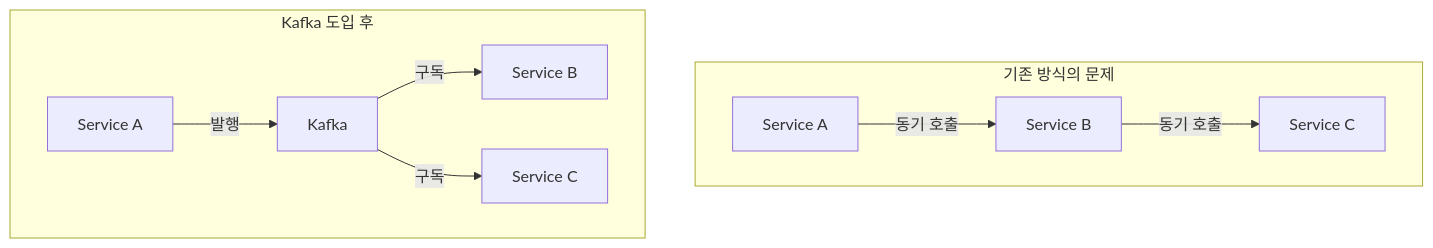
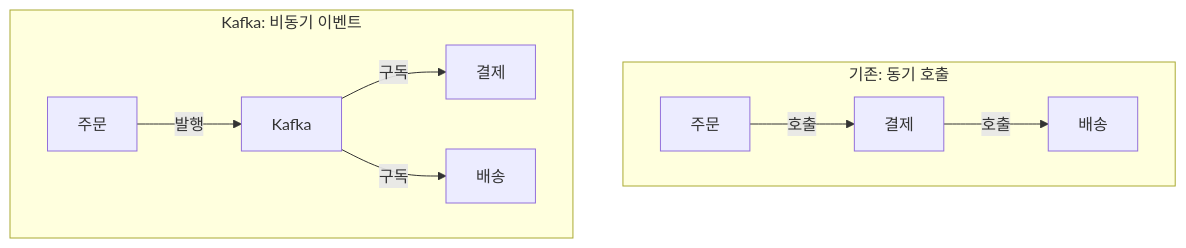
One commit to advanced-beginner/advanced-beginner.github.io changed the first of 5 diagrams in content/ko/kafka/concepts/core-components.md. Above: the diagram before and after it, drawn with Mermaid. The commit also changed other lines of this file and 21 other files, not shown here.

````diff
--- a/content/ko/kafka/concepts/core-components.md
+++ b/content/ko/kafka/concepts/core-components.md
@@ -52,13 +25,13 @@
 ```mermaid
 flowchart TB
-    subgraph Problem["기존 방식의 문제"]
-        A[Service A] -->|동기 호출| B[Service B]
-        B -->|동기 호출| C[Service C]
+    subgraph Before["기존: 동기 호출"]
+        A1[주문] -->|호출| A2[결제]
+        A2 -->|호출| A3[배송]
     end
 
-    subgraph Solution["Kafka 도입 후"]
-        D[Service A] -->|발행| E[Kafka]
-        E -->|구독| F[Service B]
-        E -->|구독| G[Service C]
+    subgraph After["Kafka: 비동기 이벤트"]
+        B1[주문] -->|발행| K[Kafka]
+        K -->|구독| B2[결제]
+        K -->|구독| B3[배송]
     end
 ```
````
